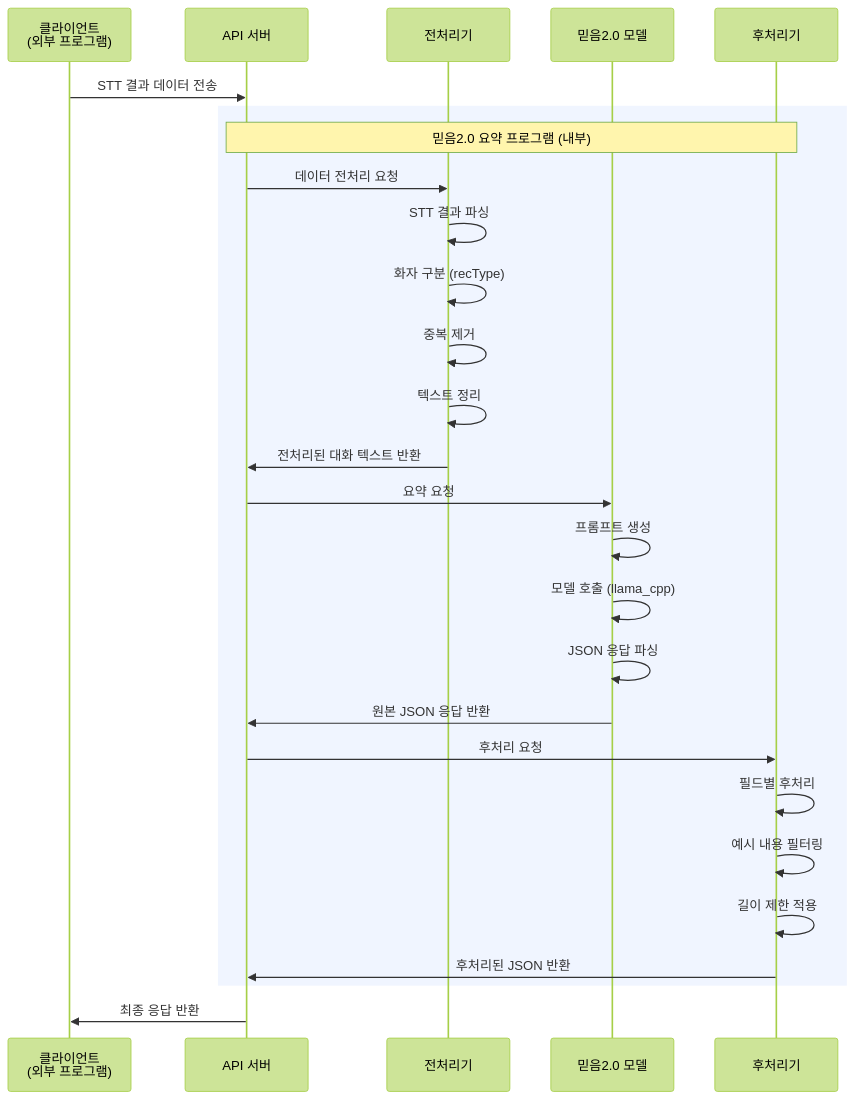
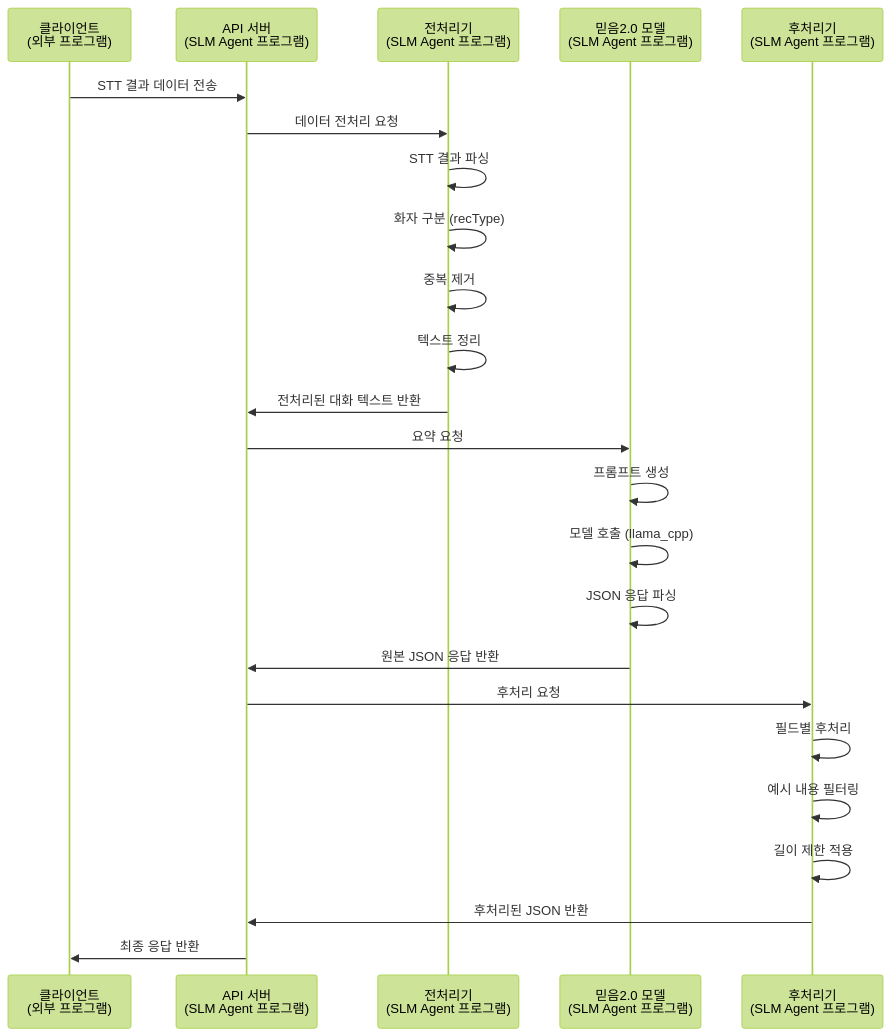
The third of 4 diagrams in workflow_diagram.md (hak023/gemma-summarizer-poc), drawn with Mermaid (forest theme) before and after one commit. The commit also changed 4 other files, not shown here.

First line of the commit message:
가독성 개선: rect 구문 제거 및 SLM Agent 프로그램 표기 적용

````diff
--- a/workflow_diagram.md
+++ b/workflow_diagram.md
@@ -79,36 +79,31 @@
 ```mermaid
 sequenceDiagram
     participant Client as 클라이언트<br/>(외부 프로그램)
-    
-    participant API as API 서버
-    participant Preprocessor as 전처리기
-    participant Gemma as 믿음2.0 모델
-    participant Postprocessor as 후처리기
+    participant API as API 서버<br/>(SLM Agent 프로그램)
+    participant Preprocessor as 전처리기<br/>(SLM Agent 프로그램)
+    participant Gemma as 믿음2.0 모델<br/>(SLM Agent 프로그램)
+    participant Postprocessor as 후처리기<br/>(SLM Agent 프로그램)
     
     Client->>API: STT 결과 데이터 전송
+    API->>Preprocessor: 데이터 전처리 요청
     
-    rect rgb(240, 245, 255)
-        Note over API,Postprocessor: 믿음2.0 요약 프로그램 (내부)
-        API->>Preprocessor: 데이터 전처리 요청
-        
-        Preprocessor->>Preprocessor: STT 결과 파싱
-        Preprocessor->>Preprocessor: 화자 구분 (recType)
-        Preprocessor->>Preprocessor: 중복 제거
-        Preprocessor->>Preprocessor: 텍스트 정리
-        Preprocessor->>API: 전처리된 대화 텍스트 반환
-        
-        API->>Gemma: 요약 요청
-        Gemma->>Gemma: 프롬프트 생성
-        Gemma->>Gemma: 모델 호출 (llama_cpp)
-        Gemma->>Gemma: JSON 응답 파싱
-        Gemma->>API: 원본 JSON 응답 반환
-        
-        API->>Postprocessor: 후처리 요청
-        Postprocessor->>Postprocessor: 필드별 후처리
-        Postprocessor->>Postprocessor: 예시 내용 필터링
-        Postprocessor->>Postprocessor: 길이 제한 적용
-        Postprocessor->>API: 후처리된 JSON 반환
-    end
+    Preprocessor->>Preprocessor: STT 결과 파싱
+    Preprocessor->>Preprocessor: 화자 구분 (recType)
+    Preprocessor->>Preprocessor: 중복 제거
+    Preprocessor->>Preprocessor: 텍스트 정리
+    Preprocessor->>API: 전처리된 대화 텍스트 반환
+    
+    API->>Gemma: 요약 요청
+    Gemma->>Gemma: 프롬프트 생성
+    Gemma->>Gemma: 모델 호출 (llama_cpp)
+    Gemma->>Gemma: JSON 응답 파싱
+    Gemma->>API: 원본 JSON 응답 반환
+    
+    API->>Postprocessor: 후처리 요청
+    Postprocessor->>Postprocessor: 필드별 후처리
+    Postprocessor->>Postprocessor: 예시 내용 필터링
+    Postprocessor->>Postprocessor: 길이 제한 적용
+    Postprocessor->>API: 후처리된 JSON 반환
     
     API->>Client: 최종 응답 반환
 ```
````
